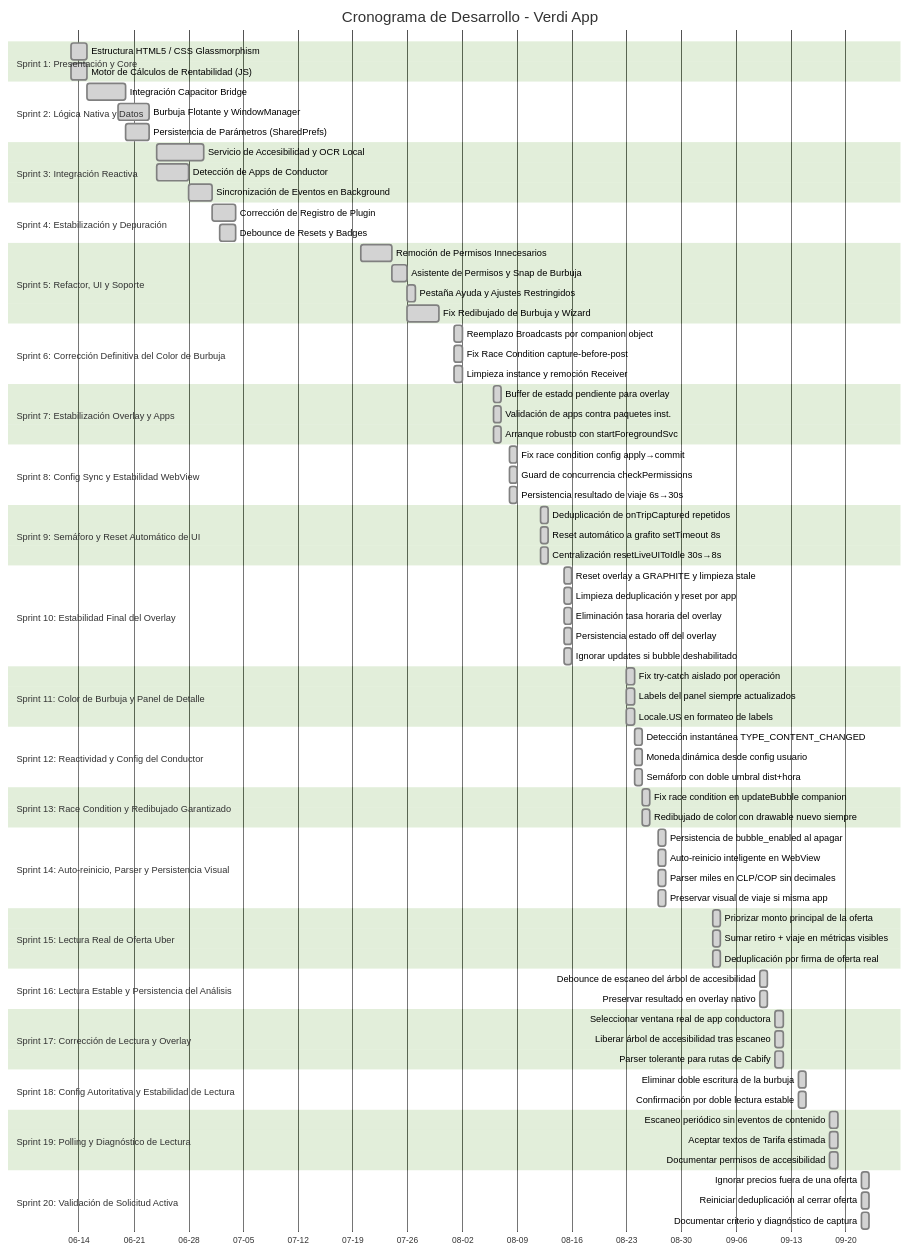
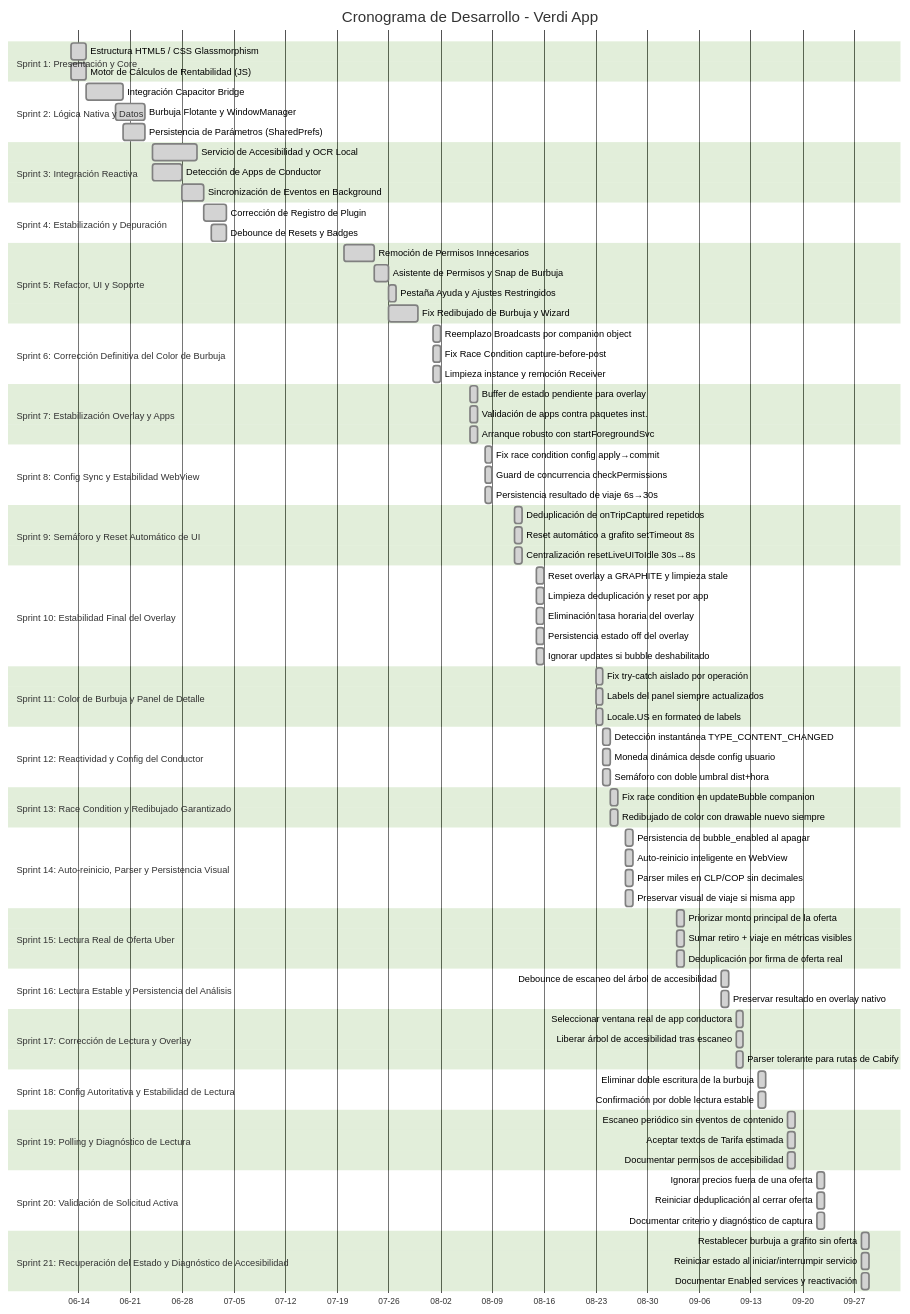
One commit to JorgeFreire95/Verdi changed the diagram in CRONOGRAMA_DESARROLLO.md. Above: the diagram before and after it, drawn with Mermaid (forest theme). The commit also changed other lines of this file and 3 other files, not shown here.

````diff
--- a/CRONOGRAMA_DESARROLLO.md
+++ b/CRONOGRAMA_DESARROLLO.md
@@ -112,4 +112,9 @@
     Ignorar precios fuera de una oferta         :done, s20a, 2026-09-22, 1d
     Reiniciar deduplicación al cerrar oferta    :done, s20b, 2026-09-22, 1d
     Documentar criterio y diagnóstico de captura :done, s20c, 2026-09-22, 1d
+
+    section Sprint 21: Recuperación del Estado y Diagnóstico de Accesibilidad
+    Restablecer burbuja a grafito sin oferta    :done, s21a, 2026-09-28, 1d
+    Reiniciar estado al iniciar/interrumpir servicio :done, s21b, 2026-09-28, 1d
+    Documentar Enabled services y reactivación :done, s21c, 2026-09-28, 1d
 ```
````
